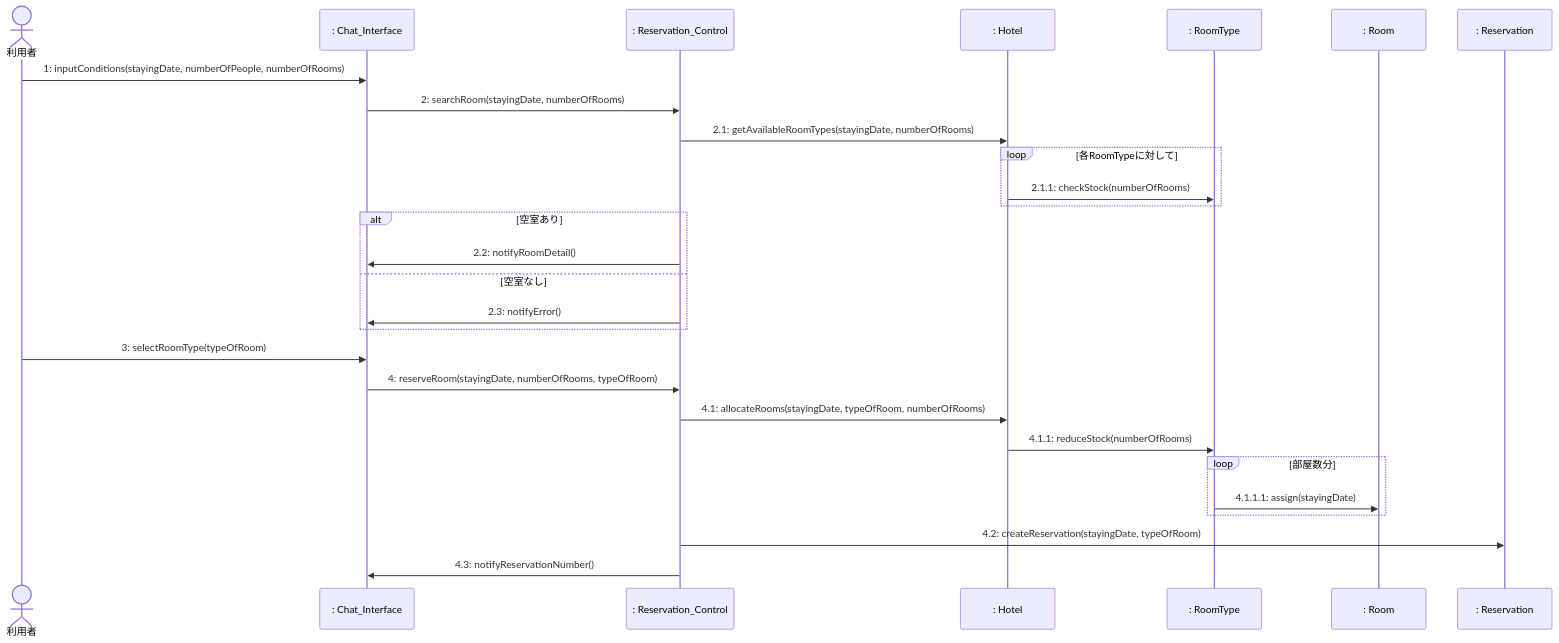
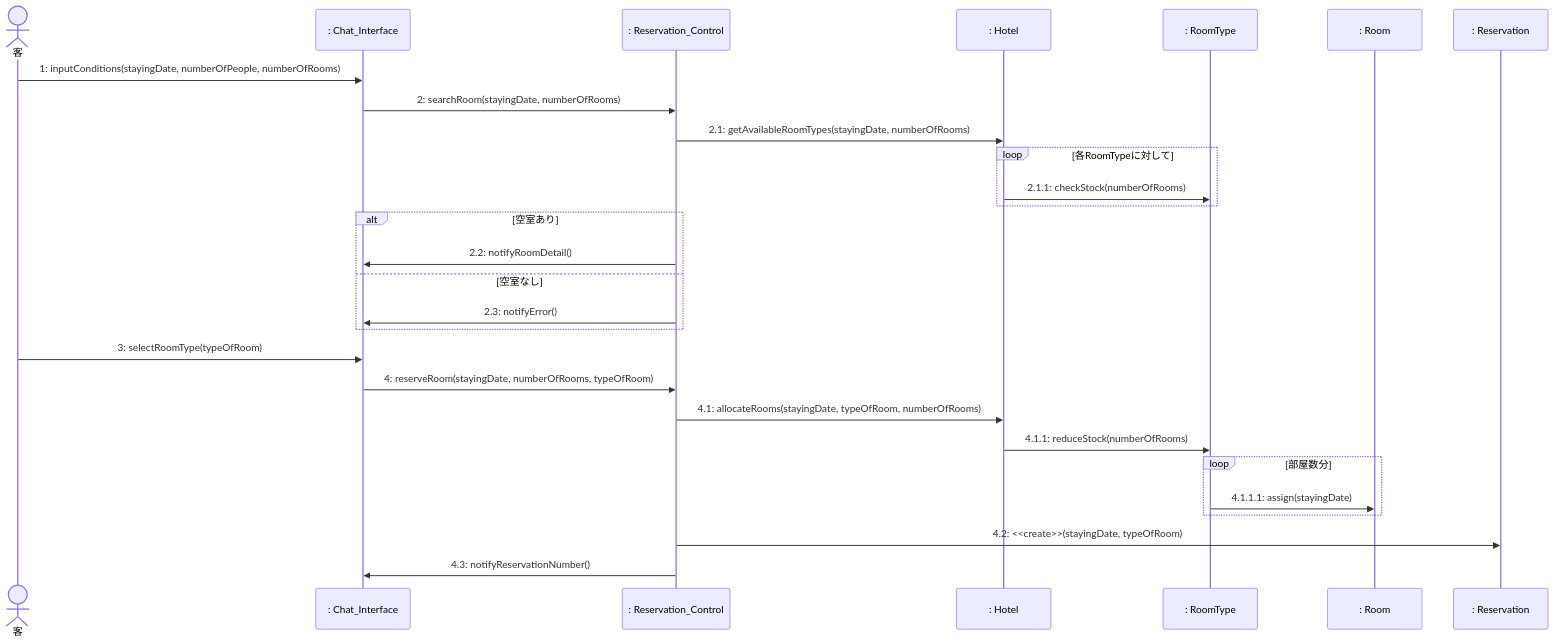
One commit to Kohki-tyl/HRS changed the first of 4 diagrams in System_Analysis.md. Above: the diagram before and after it, drawn with Mermaid. The commit also changed other lines of this file, not shown here.

````diff
--- a/System_Analysis.md
+++ b/System_Analysis.md
@@ -44,36 +44,36 @@
 ```mermaid
 sequenceDiagram
-    actor U as 利用者
+    actor U as 客
     participant UI as : Chat_Interface
     participant C as : Reservation_Control
     participant H as : Hotel
     participant RT as : RoomType
     participant RM as : Room
     participant RS as : Reservation
 
     U->>UI: 1: inputConditions(stayingDate, numberOfPeople, numberOfRooms)
     UI->>C: 2: searchRoom(stayingDate, numberOfRooms)
     
     C->>H: 2.1: getAvailableRoomTypes(stayingDate, numberOfRooms)
     loop 各RoomTypeに対して
         H->>RT: 2.1.1: checkStock(numberOfRooms)
     end
     
     alt 空室あり
         C->>UI: 2.2: notifyRoomDetail()
     else 空室なし
         C->>UI: 2.3: notifyError()
     end
 
     U->>UI: 3: selectRoomType(typeOfRoom)
     UI->>C: 4: reserveRoom(stayingDate, numberOfRooms, typeOfRoom)
     
     C->>H: 4.1: allocateRooms(stayingDate, typeOfRoom, numberOfRooms)
     H->>RT: 4.1.1: reduceStock(numberOfRooms)
     loop 部屋数分
         RT->>RM: 4.1.1.1: assign(stayingDate)
     end
     
-    C->>RS: 4.2: createReservation(stayingDate, typeOfRoom)
+    C->>RS: 4.2: <<create>>(stayingDate, typeOfRoom)
     C->>UI: 4.3: notifyReservationNumber()
 ```
````
